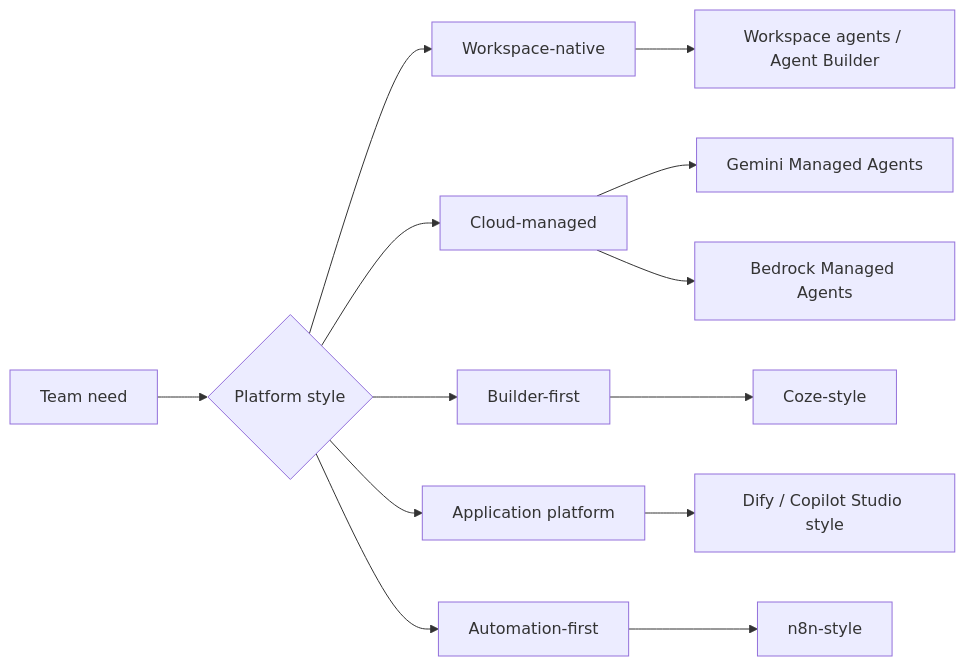
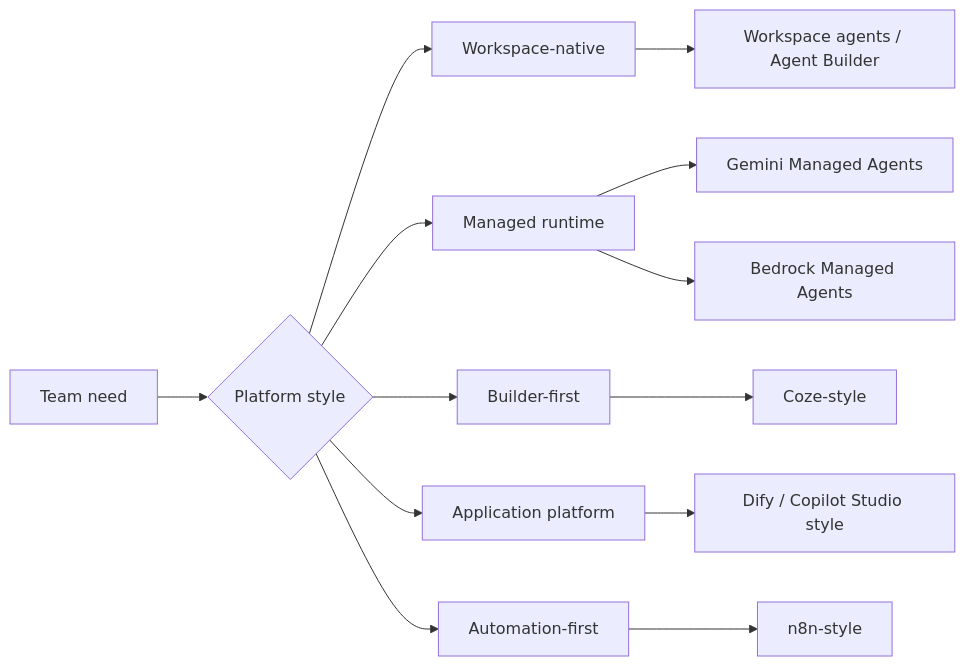
One commit to Prompthon-IO/agent-systems-handbook changed the diagram in ecosystem/agent-platforms-and-low-code-builders.mdx. Above: the diagram before and after it, drawn with Mermaid. The commit also changed other lines of this file and 1 other file, not shown here.

Commit message:
docs: clarify managed runtime taxonomy

````diff
--- a/ecosystem/agent-platforms-and-low-code-builders.mdx
+++ b/ecosystem/agent-platforms-and-low-code-builders.mdx
@@ -85,15 +85,15 @@
 ```mermaid
 flowchart LR
   Need["Team need"] --> Choice{"Platform style"}
   Choice --> Workspace["Workspace-native"]
-  Choice --> Managed["Cloud-managed"]
+  Choice --> Managed["Managed runtime"]
   Choice --> Builder["Builder-first"]
   Choice --> App["Application platform"]
   Choice --> Automation["Automation-first"]
   Workspace --> OpenAI["Workspace agents / Agent Builder"]
   Managed --> Gemini["Gemini Managed Agents"]
   Managed --> Bedrock["Bedrock Managed Agents"]
   Builder --> Coze["Coze-style"]
   App --> Dify["Dify / Copilot Studio style"]
   Automation --> N8N["n8n-style"]
 ```
````
